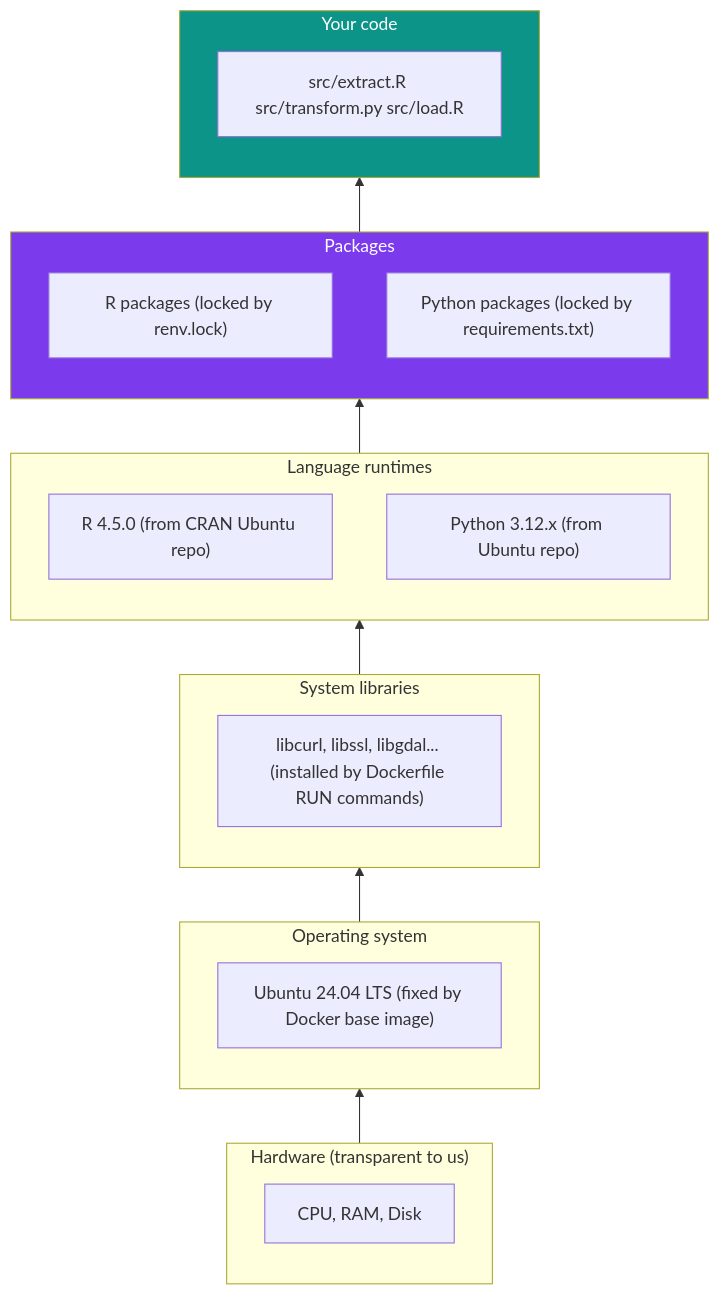
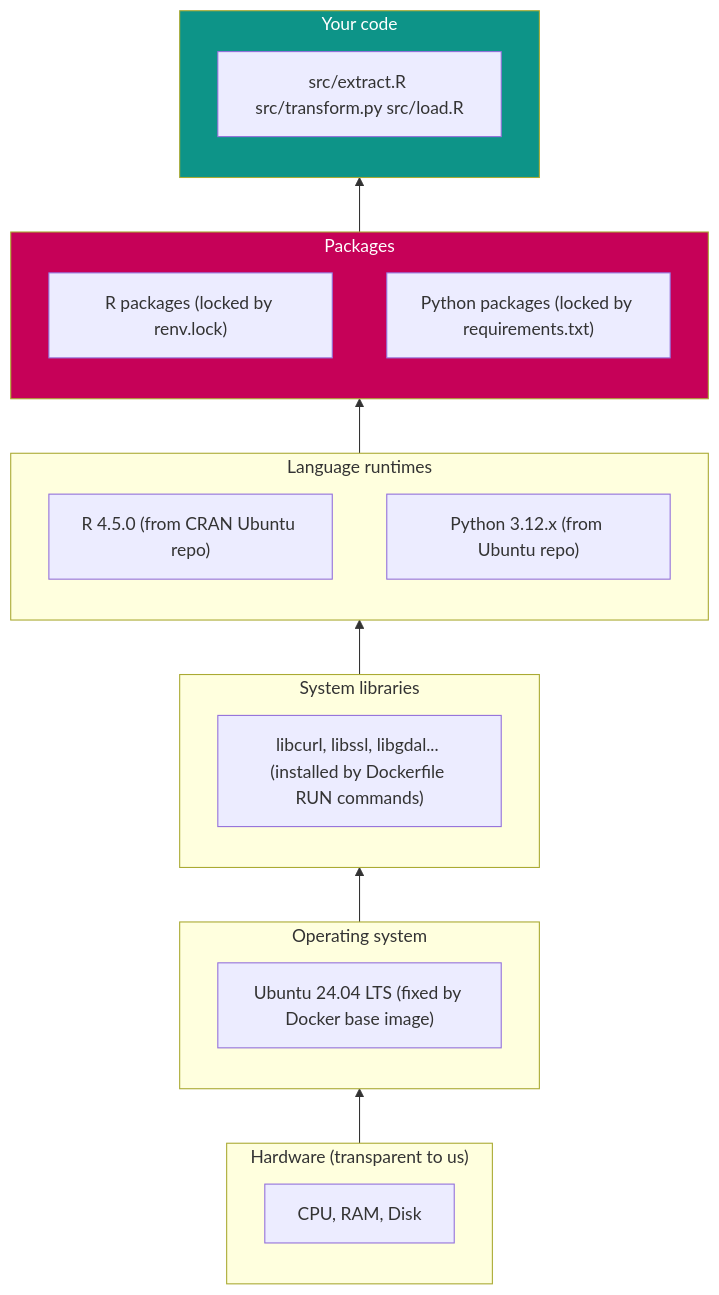
The second of 2 diagrams in docs/version-management.md (Ch3w3y/docker_gcp), drawn with Mermaid before and after one commit. The commit also changed other lines of this file and 11 other files, not shown here.

First line of the commit message:
Fix/mermaid contrast and linebreaks (#17)

````diff
--- a/docs/version-management.md
+++ b/docs/version-management.md
@@ -244,33 +244,33 @@
 ```mermaid
 flowchart BT
     subgraph Layer1["Hardware (transparent to us)"]
         CPU["CPU, RAM, Disk"]
     end
 
     subgraph Layer2["Operating system"]
         OS["Ubuntu 24.04 LTS (fixed by Docker base image)"]
     end
 
     subgraph Layer3["System libraries"]
         SL["libcurl, libssl, libgdal... (installed by Dockerfile RUN commands)"]
     end
 
     subgraph Layer4["Language runtimes"]
         R["R 4.5.0 (from CRAN Ubuntu repo)"]
         PY["Python 3.12.x (from Ubuntu repo)"]
     end
 
     subgraph Layer5["Packages"]
         RP["R packages (locked by renv.lock)"]
         PP["Python packages (locked by requirements.txt)"]
     end
 
     subgraph Layer6["Your code"]
         CODE["src/extract.R src/transform.py src/load.R"]
     end
 
     Layer1 --> Layer2 --> Layer3 --> Layer4 --> Layer5 --> Layer6
 
-    style Layer5 fill:#7c3aed,color:#fff
-    style Layer6 fill:#0d9488,color:#fff
+    style Layer5 fill:#c60158,color:#ffffff
+    style Layer6 fill:#0d9488,color:#ffffff
 ```
````
